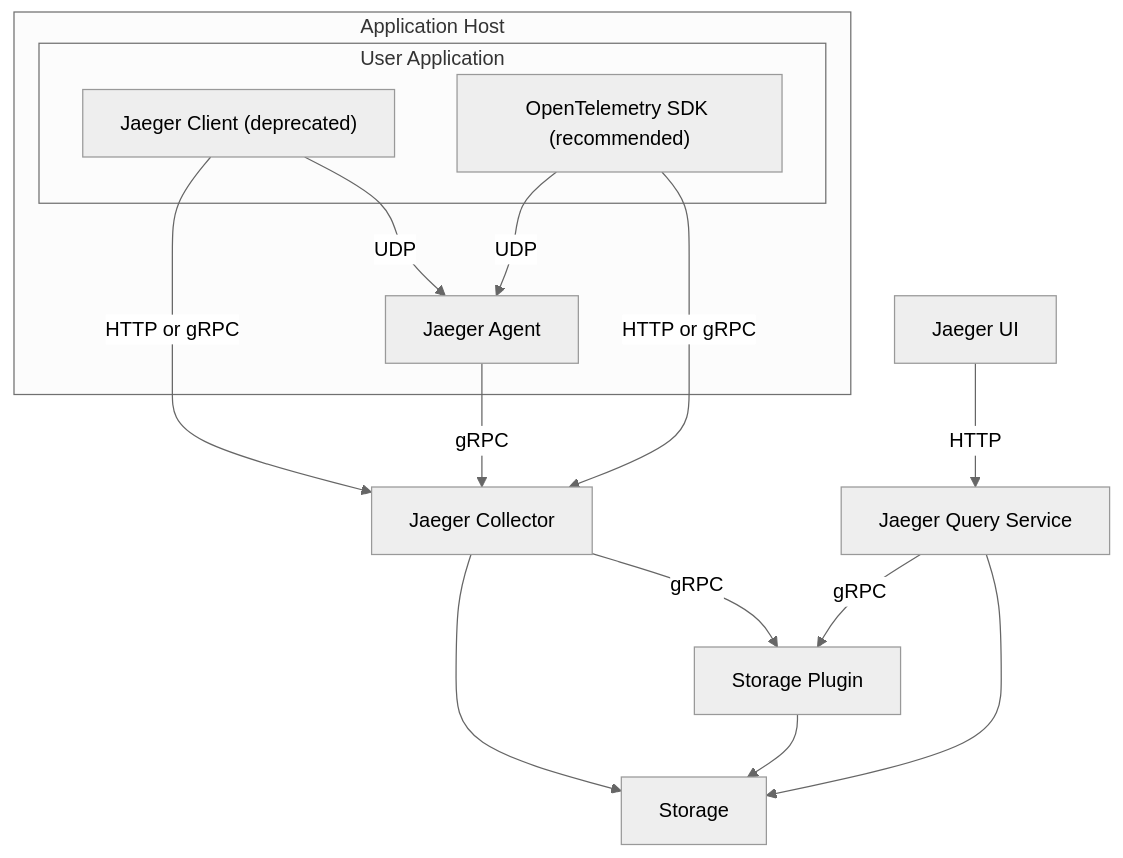
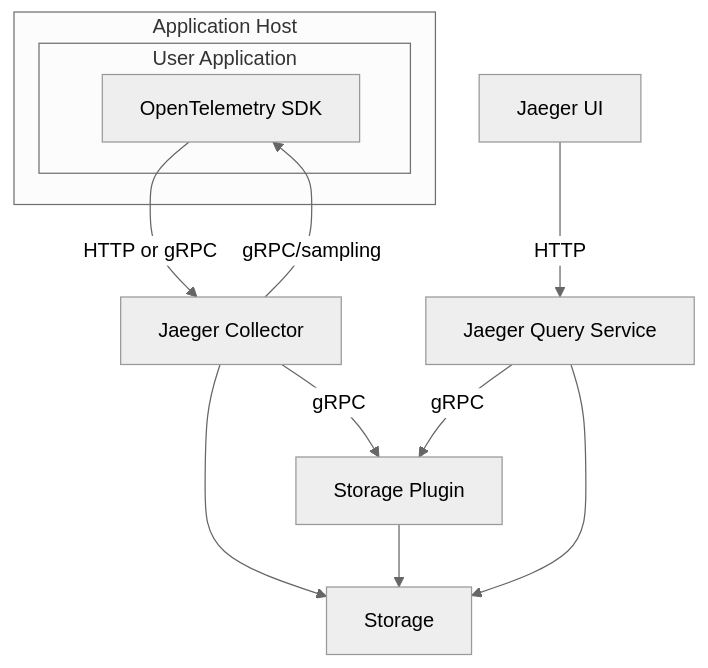
One commit to jaegertracing/jaeger changed the diagram in README.md. Above: the diagram before and after it, drawn with Mermaid (neutral theme).

Commit message:
Remove Jaeger SDKs and Agent from the diagram

````diff
--- a/README.md
+++ b/README.md
@@ -17,23 +17,16 @@
 ```mermaid
 graph TD
-    LIB --> |HTTP or gRPC| COLLECTOR
-    LIB["Jaeger Client (deprecated)"] --> |UDP| AGENT[Jaeger Agent]
-    %% AGENT --> |HTTP/sampling| LIB
-    AGENT --> |gRPC| COLLECTOR[Jaeger Collector]
-    %% COLLECTOR --> |gRPC/sampling| AGENT
-    SDK["OpenTelemetry SDK (recommended)"] --> |UDP| AGENT
-    SDK --> |HTTP or gRPC| COLLECTOR
-    COLLECTOR --> STORE[Storage]
+    SDK["OpenTelemetry SDK"] --> |HTTP or gRPC| COLLECTOR
+    COLLECTOR["Jaeger Collector"] --> STORE[Storage]
     COLLECTOR --> |gRPC| PLUGIN[Storage Plugin]
+    COLLECTOR --> |gRPC/sampling| SDK
     PLUGIN --> STORE
     QUERY[Jaeger Query Service] --> STORE
     QUERY --> |gRPC| PLUGIN
     UI[Jaeger UI] --> |HTTP| QUERY
     subgraph Application Host
         subgraph User Application
-            LIB
             SDK
         end
-        AGENT
     end
 ```
````
